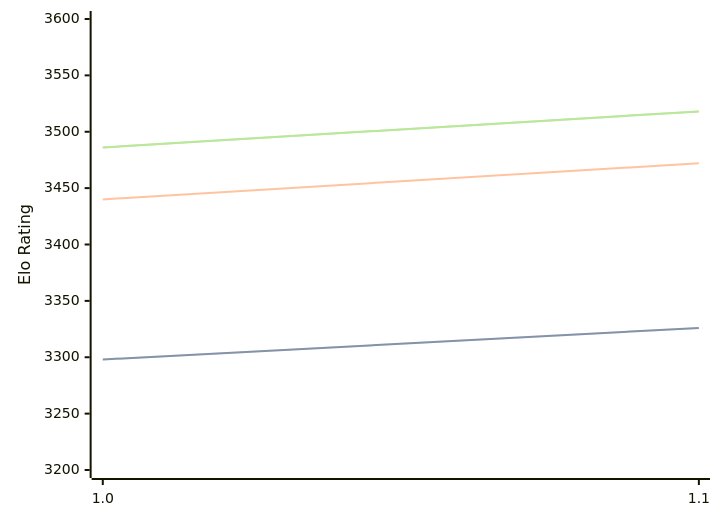
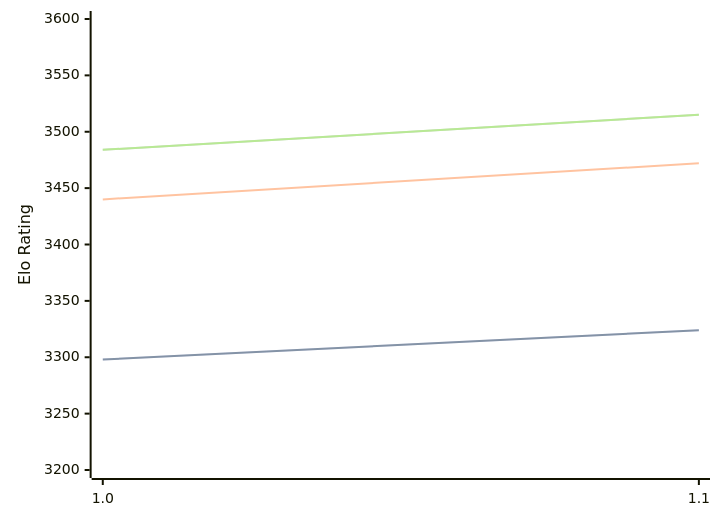
One commit to computer-chess-index/cci changed the third of 3 diagrams in engines/Icarus.md. Above: the diagram before and after it, drawn with Mermaid. The commit also changed other lines of this file, not shown here.

Commit message:
Update CCI Ratings (ELO VLTC) - 2026-06-20

````diff
--- a/engines/Icarus.md
+++ b/engines/Icarus.md
@@ -65,11 +65,11 @@
 ```mermaid
 %%{init: {"theme":"base","themeVariables":{"seriesColors:['#a3a3a3','#222221','#faa371']}}}%%
 xychart-beta
   x-axis ["1.0", "1.1"]
   y-axis "Elo Rating" 3200 --> 3600
-  line "STC (8.0+0.08s)" [3298, 3326]
-  line "STC (8.0+0.08s)" [3298, 3326]
+  line "STC (8.0+0.08s)" [3298, 3324]
+  line "STC (8.0+0.08s)" [3298, 3324]
   line "LTC (60.0+0.60s)" [3440, 3472]
-  line "VLTC (2m24s+1.12s)" [3486, 3518]
-  line "VLTC (2m24s+1.12s)" [3486, 3518]
+  line "VLTC (2m24s+1.12s)" [3484, 3515]
+  line "VLTC (2m24s+1.12s)" [3484, 3515]
 ```
````
